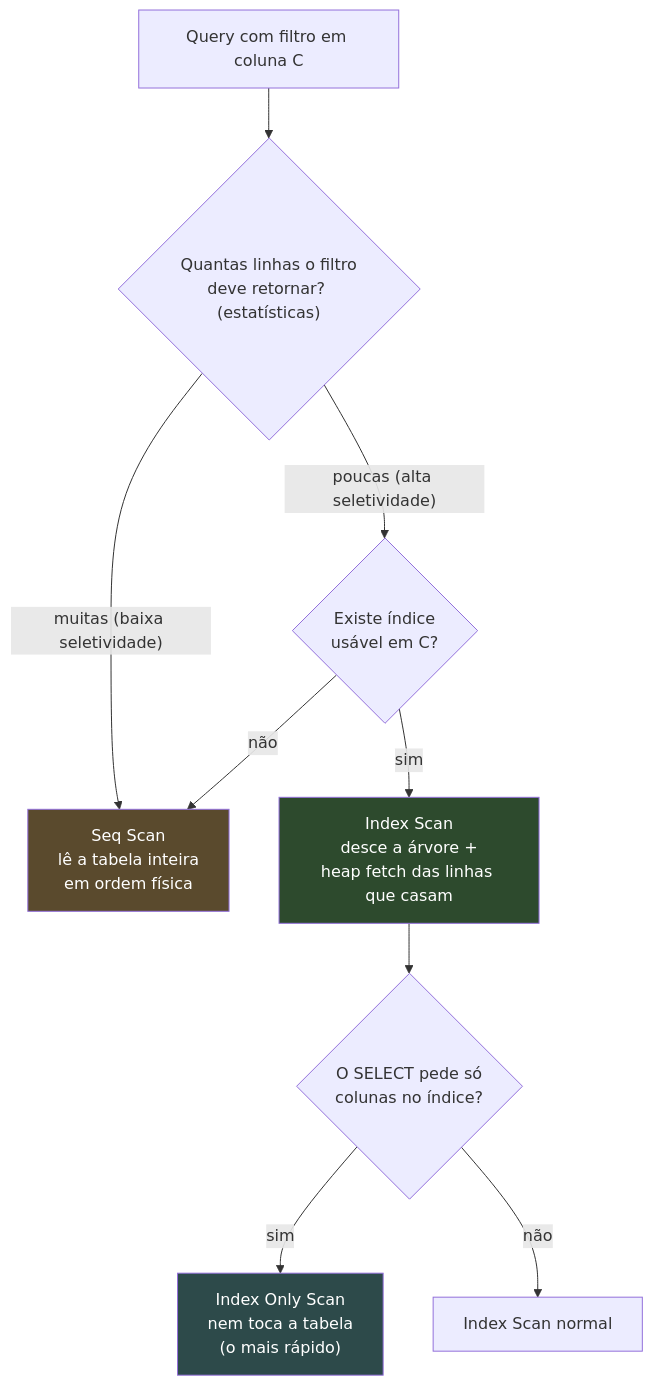
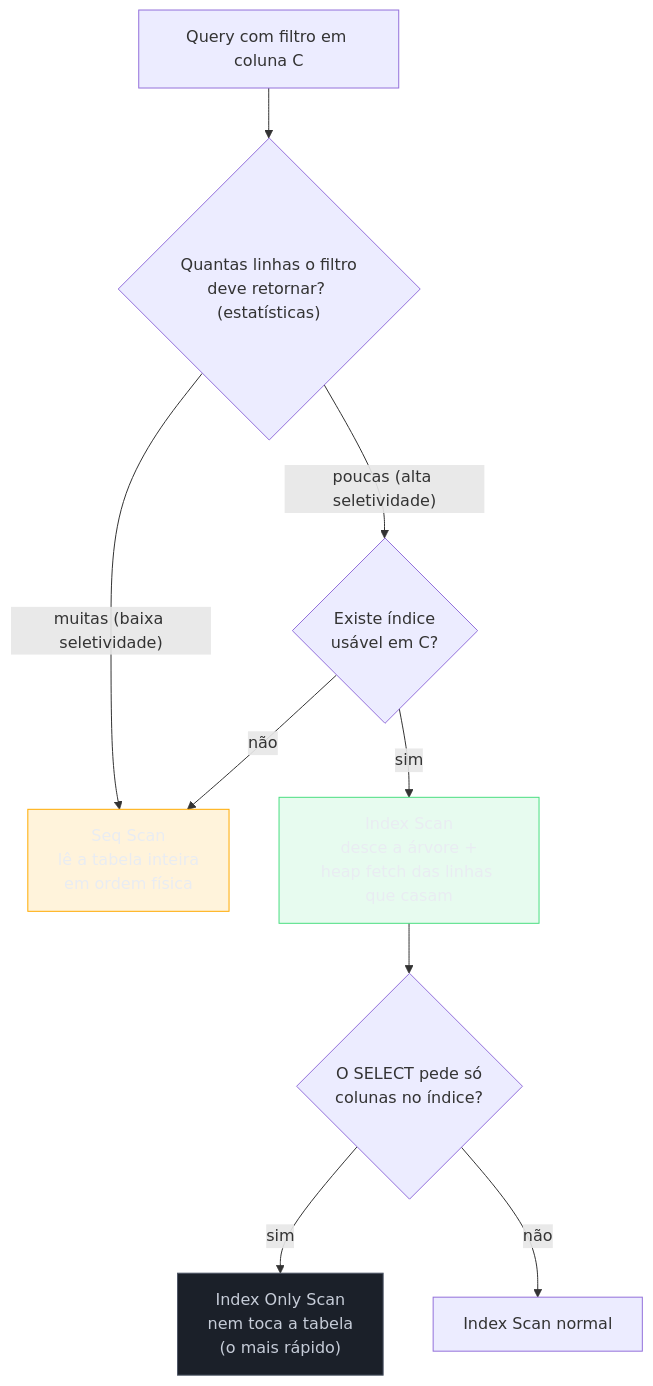
The fourth of 4 diagrams in 03-Dominios/Ciência/Banco de Dados/07 - Índices.md (josenaldo/codex-technomanticus), drawn with Mermaid before and after one commit. The commit also changed other lines of this file and 1181 other files, not shown here.

First line of the commit message:
fix(diagramas): paleta do sistema no lugar de cor cravada no markdown

````diff
--- a/03-Dominios/Ciência/Banco de Dados/07 - Índices.md
+++ b/03-Dominios/Ciência/Banco de Dados/07 - Índices.md
@@ -187,14 +194,17 @@
 ```mermaid
 flowchart TD
+    classDef destaque fill:#FFAA0024,stroke:#FFAA00,color:#E9ECF2
+    classDef ok fill:#4ADE8021,stroke:#4ADE80,color:#E9ECF2
+    classDef neutro fill:#1B2029,stroke:#4E5666,color:#C6CCD8
     START["Query com filtro em coluna C"] --> EST{"Quantas linhas o filtro<br/>deve retornar? (estatísticas)"}
     EST -->|"muitas (baixa seletividade)"| SEQ["Seq Scan<br/>lê a tabela inteira<br/>em ordem física"]
     EST -->|"poucas (alta seletividade)"| HASIDX{"Existe índice<br/>usável em C?"}
     HASIDX -->|não| SEQ
     HASIDX -->|sim| IDX["Index Scan<br/>desce a árvore +<br/>heap fetch das linhas que casam"]
     IDX --> COVER{"O SELECT pede só<br/>colunas no índice?"}
     COVER -->|sim| IOS["Index Only Scan<br/>nem toca a tabela<br/>(o mais rápido)"]
     COVER -->|não| DONE["Index Scan normal"]
-    style SEQ fill:#5a4a2d,color:#fff
-    style IDX fill:#2d4a2d,color:#fff
-    style IOS fill:#2d4a4a,color:#fff
+    class SEQ destaque
+    class IDX ok
+    class IOS neutro
 ```
````
